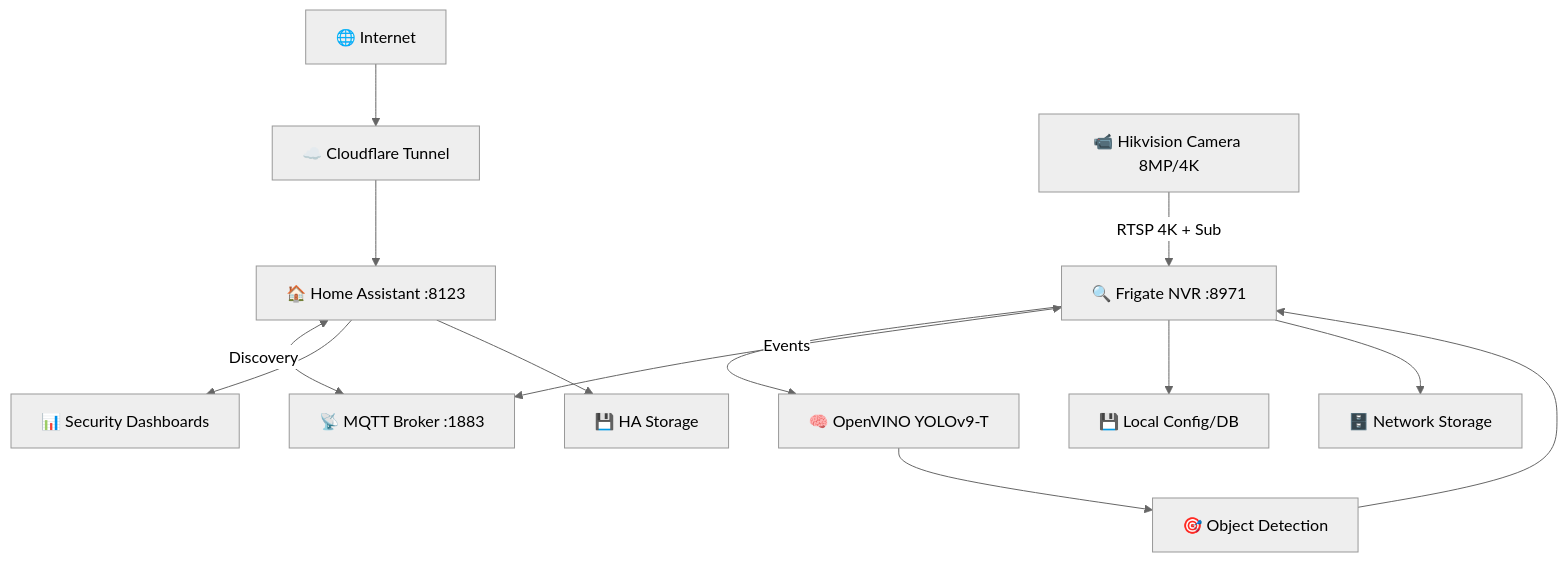
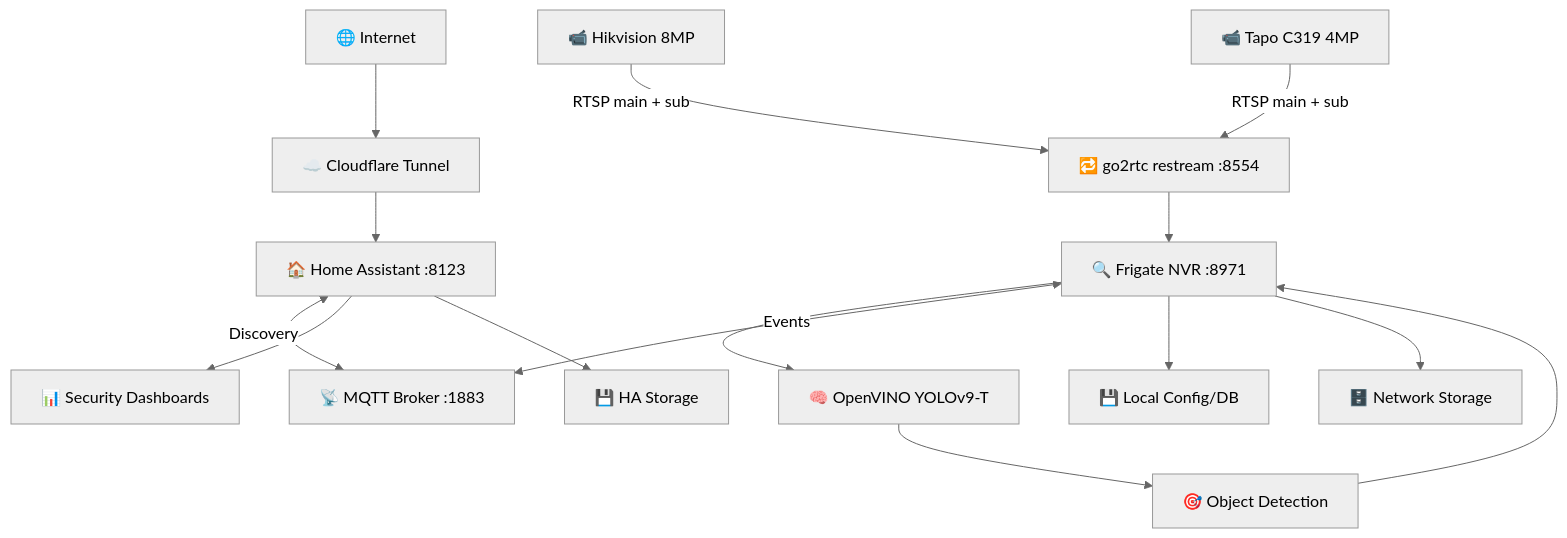
The diagram in README.md (presidenri/home-aide), drawn with Mermaid (neutral theme) before and after one commit. The commit also changed other lines of this file and 15 other files, not shown here.

````diff
--- a/README.md
+++ b/README.md
@@ -62,35 +59,39 @@
 ```mermaid
 graph TB
     Internet[🌐 Internet]
     CloudFlare[☁️ Cloudflare Tunnel]
-    Camera[📹 Hikvision Camera 8MP/4K]
+    Camera[📹 Hikvision 8MP]
+    Camera2[📹 Tapo C319 4MP]
     
     HA[🏠 Home Assistant :8123]
     HADash[📊 Security Dashboards]
     
+    Go2rtc[🔁 go2rtc restream :8554]
     Frigate[🔍 Frigate NVR :8971]
     OpenVINO[🧠 OpenVINO YOLOv9-T]
     Detection[🎯 Object Detection]
     
     MQTT[📡 MQTT Broker :1883]
     
     LocalConfig[💾 Local Config/DB]
     NetworkStorage[🗄️ Network Storage]
     HAStorage[💾 HA Storage]
     
     Internet --> CloudFlare
     CloudFlare --> HA
-    Camera -->|RTSP 4K + Sub| Frigate
+    Camera -->|RTSP main + sub| Go2rtc
+    Camera2 -->|RTSP main + sub| Go2rtc
+    Go2rtc --> Frigate
     
     Frigate --> OpenVINO
     OpenVINO --> Detection
     Detection --> Frigate
     
     Frigate <-->|Events| MQTT
     HA <-->|Discovery| MQTT
     HA --> HADash
     
     Frigate --> LocalConfig
     Frigate --> NetworkStorage
     HA --> HAStorage
 ```
````
